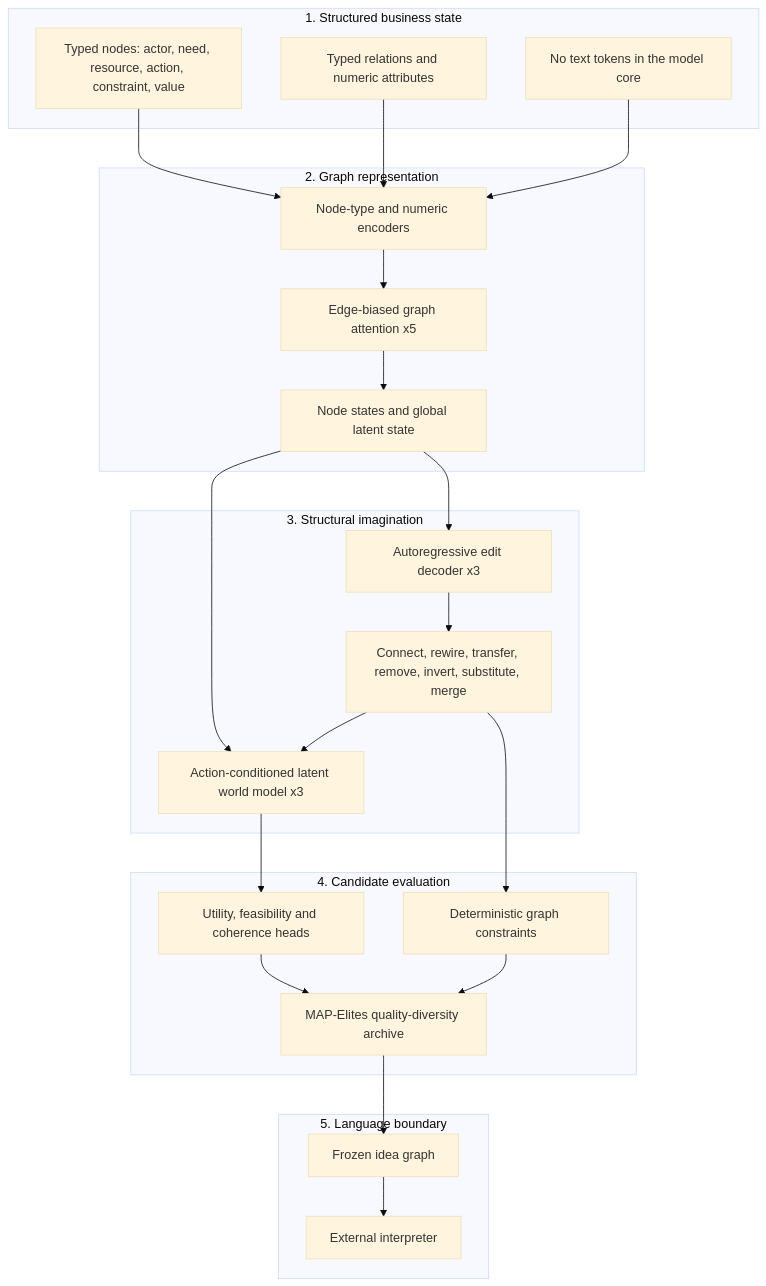
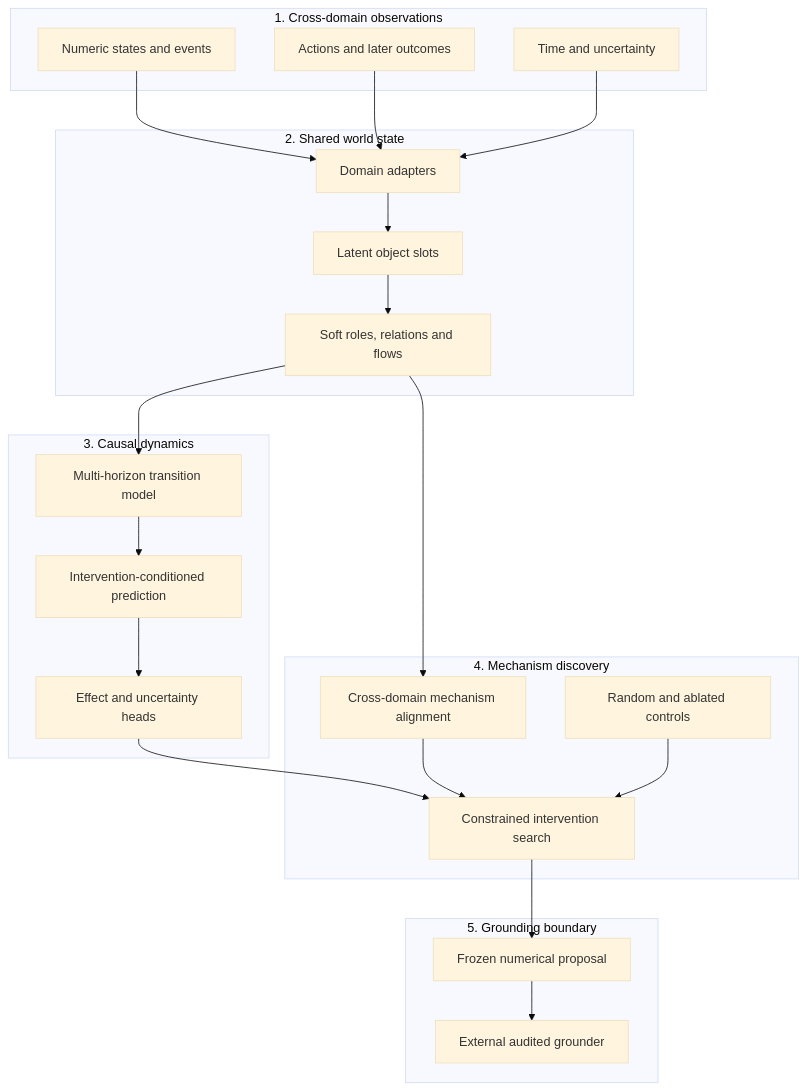
One commit to SergiiRudniev/chimera-discovery-lab changed the diagram in README.md. Above: the diagram before and after it, drawn with Mermaid (base theme). The commit also changed other lines of this file, not shown here.

Commit message:
Initialize Meta-World W0 family branch

````diff
--- a/README.md
+++ b/README.md
@@ -58,44 +55,41 @@
 ```mermaid
 flowchart TB
-    subgraph INPUT["1. Structured business state"]
-        NODES["Typed nodes: actor, need, resource, action, constraint, value"]
-        EDGES["Typed relations and numeric attributes"]
-        RULE["No text tokens in the model core"]
+    subgraph INPUT["1. Cross-domain observations"]
+        OBS["Numeric states and events"]
+        ACTIONS["Actions and later outcomes"]
+        TIME["Time and uncertainty"]
     end
 
-    subgraph ENCODER["2. Graph representation"]
-        TYPE["Node-type and numeric encoders"]
-        ATTN["Edge-biased graph attention x5"]
-        STATE["Node states and global latent state"]
+    subgraph STATE["2. Shared world state"]
+        ADAPTERS["Domain adapters"]
+        SLOTS["Latent object slots"]
+        RELATIONS["Soft roles, relations and flows"]
     end
 
-    subgraph GENERATOR["3. Structural imagination"]
-        DEC["Autoregressive edit decoder x3"]
-        OPS["Connect, rewire, transfer, remove, invert, substitute, merge"]
-        WORLD["Action-conditioned latent world model x3"]
+    subgraph DYNAMICS["3. Causal dynamics"]
+        TEMPORAL["Multi-horizon transition model"]
+        COUNTERFACTUAL["Intervention-conditioned prediction"]
+        EFFECT["Effect and uncertainty heads"]
     end
 
-    subgraph EVALUATION["4. Candidate evaluation"]
-        SCORE["Utility, feasibility and coherence heads"]
-        VALID["Deterministic graph constraints"]
-        QD["MAP-Elites quality-diversity archive"]
+    subgraph DISCOVERY["4. Mechanism discovery"]
+        SEARCH["Constrained intervention search"]
+        TRANSFER["Cross-domain mechanism alignment"]
+        CONTROL["Random and ablated controls"]
     end
 
-    subgraph BOUNDARY["5. Language boundary"]
-        FREEZE["Frozen idea graph"]
-        INTERPRET["External interpreter"]
+    subgraph BOUNDARY["5. Grounding boundary"]
+        FREEZE["Frozen numerical proposal"]
+        GROUND["External audited grounder"]
     end
 
-    NODES --> TYPE
-    EDGES --> TYPE
-    RULE --> TYPE
-    TYPE --> ATTN --> STATE
-    STATE --> DEC --> OPS
-    STATE --> WORLD
-    OPS --> WORLD
-    OPS --> VALID
-    WORLD --> SCORE
-    SCORE --> QD
-    VALID --> QD
-    QD --> FREEZE --> INTERPRET
+    OBS --> ADAPTERS
+    ACTIONS --> ADAPTERS
+    TIME --> ADAPTERS
+    ADAPTERS --> SLOTS --> RELATIONS
+    RELATIONS --> TEMPORAL --> COUNTERFACTUAL --> EFFECT
+    EFFECT --> SEARCH
+    RELATIONS --> TRANSFER --> SEARCH
+    CONTROL --> SEARCH
+    SEARCH --> FREEZE --> GROUND
 ```
````
